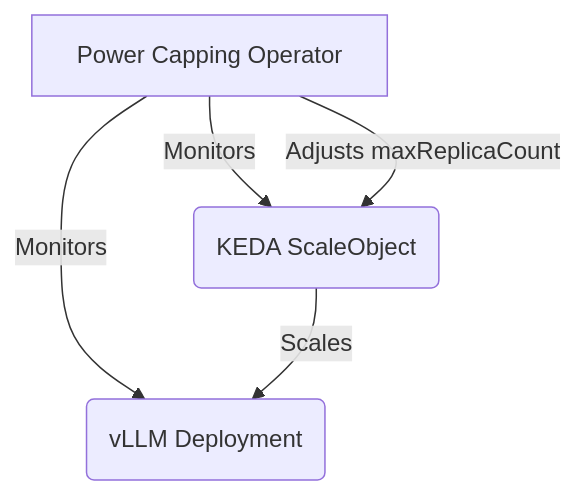
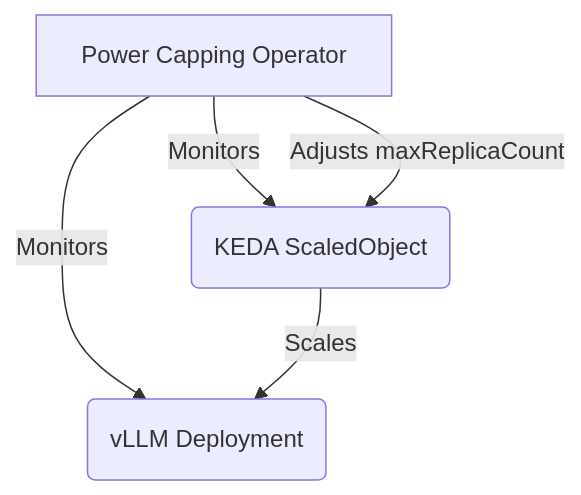
The third of 8 diagrams in README.md (Climatik-Project/Climatik-Project), drawn with Mermaid before and after one commit. The commit also changed other lines of this file, not shown here.

````diff
--- a/README.md
+++ b/README.md
@@ -263,7 +263,7 @@
 ```mermaid
 graph TD
 A[Power Capping Operator] -->|Monitors| B(vLLM Deployment)
-A -->|Monitors| C(KEDA ScaleObject)
+A -->|Monitors| C(KEDA ScaledObject)
 A -->|Adjusts maxReplicaCount| C
 C -->|Scales| B
 ```
````
